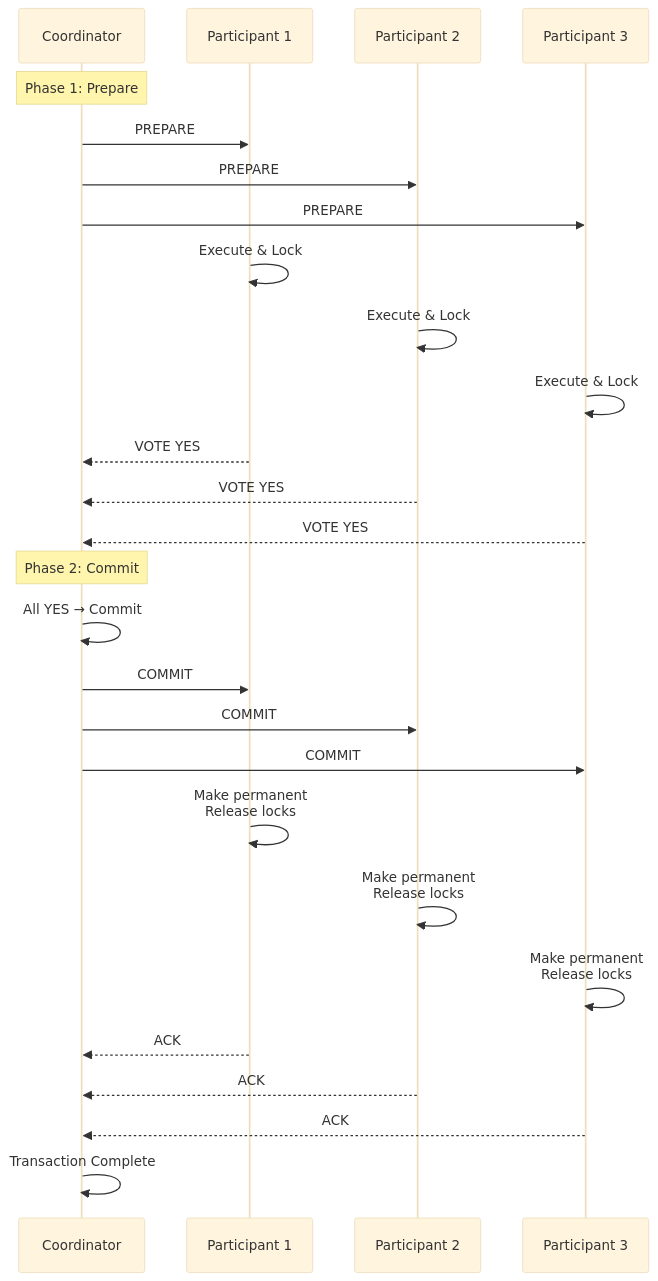
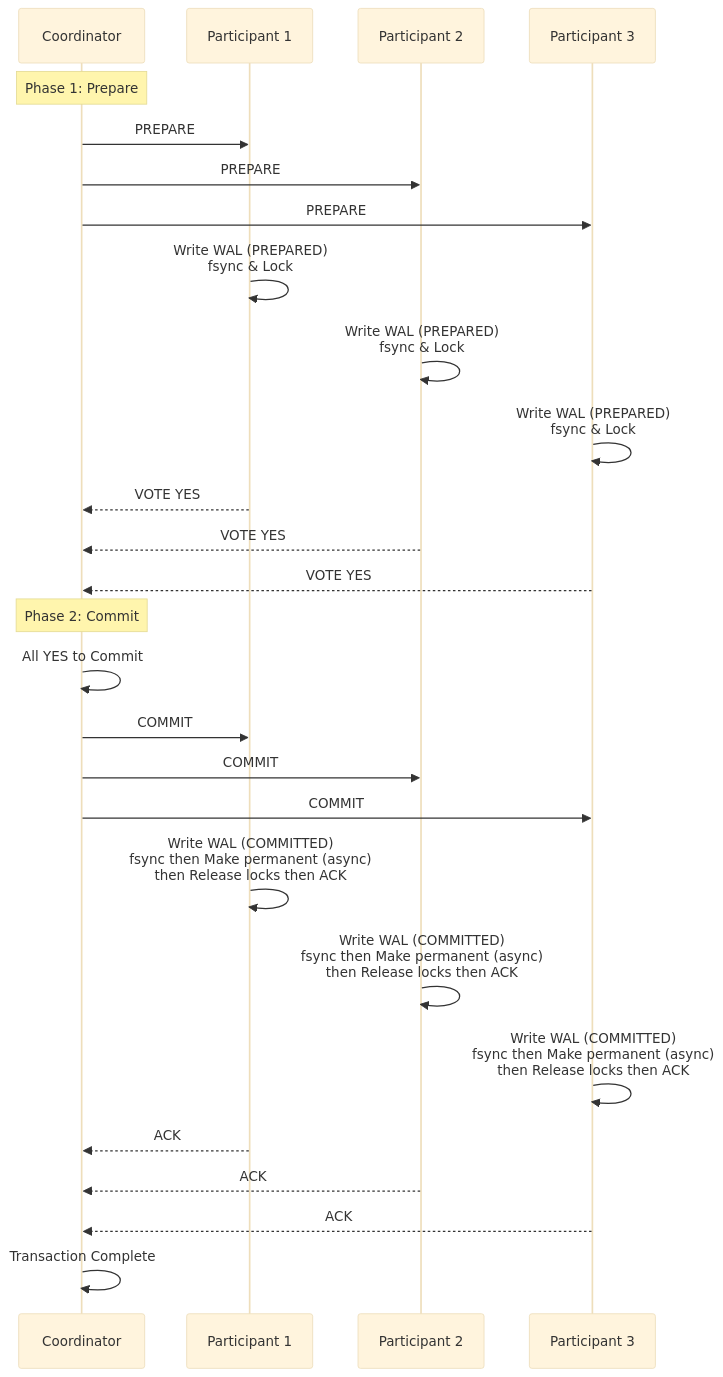
One commit to basit-budroo/swe-deepdives changed diagram 11 of 21 in deepdives/system-design/two-phase-commit/README.md. Above: the diagram before and after it, drawn with Mermaid (base theme). The commit also changed other lines of this file, not shown here.

First line of the commit message:
Fix 2PC WAL/fsync sequence and mermaid parse errors

````diff
--- a/deepdives/system-design/two-phase-commit/README.md
+++ b/deepdives/system-design/two-phase-commit/README.md
@@ -332,36 +1191,36 @@
 ```mermaid
 sequenceDiagram
     participant C as Coordinator
     participant P1 as Participant 1
     participant P2 as Participant 2
     participant P3 as Participant 3
-    
+
     Note over C: Phase 1: Prepare
     C->>P1: PREPARE
     C->>P2: PREPARE
     C->>P3: PREPARE
-    
-    P1->>P1: Execute & Lock
-    P2->>P2: Execute & Lock
-    P3->>P3: Execute & Lock
-    
+
+    P1->>P1: Write WAL (PREPARED)<br/>fsync & Lock
+    P2->>P2: Write WAL (PREPARED)<br/>fsync & Lock
+    P3->>P3: Write WAL (PREPARED)<br/>fsync & Lock
+
     P1-->>C: VOTE YES
     P2-->>C: VOTE YES
     P3-->>C: VOTE YES
-    
+
     Note over C: Phase 2: Commit
-    C->>C: All YES → Commit
+    C->>C: All YES to Commit
     C->>P1: COMMIT
     C->>P2: COMMIT
     C->>P3: COMMIT
-    
-    P1->>P1: Make permanent<br/>Release locks
-    P2->>P2: Make permanent<br/>Release locks
-    P3->>P3: Make permanent<br/>Release locks
-    
+
+    P1->>P1: Write WAL (COMMITTED)<br/>fsync then Make permanent (async)<br/>then Release locks then ACK
+    P2->>P2: Write WAL (COMMITTED)<br/>fsync then Make permanent (async)<br/>then Release locks then ACK
+    P3->>P3: Write WAL (COMMITTED)<br/>fsync then Make permanent (async)<br/>then Release locks then ACK
+
     P1-->>C: ACK
     P2-->>C: ACK
     P3-->>C: ACK
-    
+
     C->>C: Transaction Complete
 ```
````
